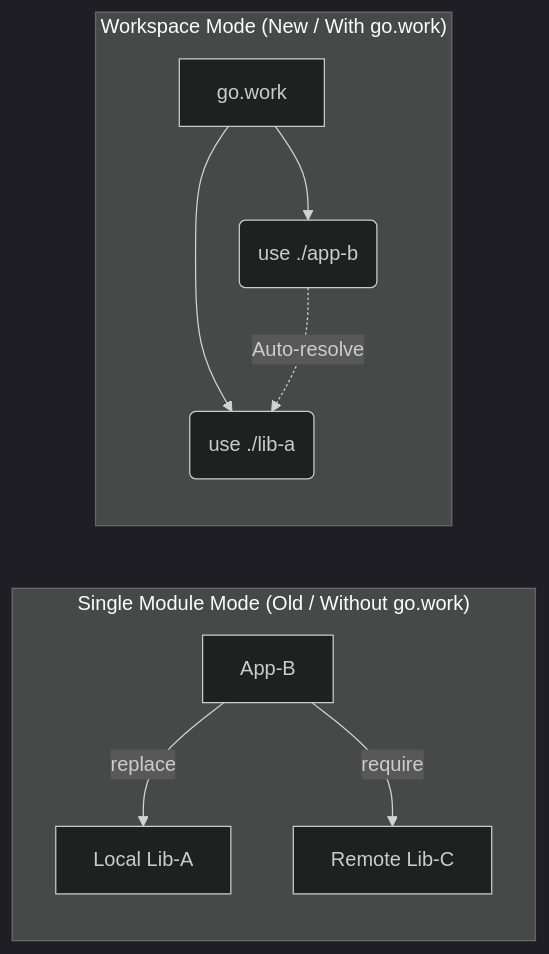
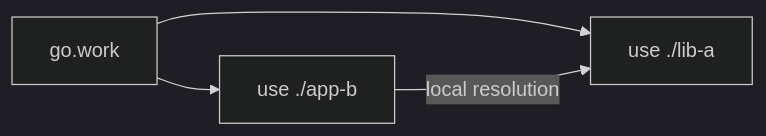
One commit to syahputrawork98-sketch/Golang-Knowledge-Base changed the diagram in RAK-03-evolution/SR-01-module-system/BK-01-module-lifecycle/CH-02-go-work/README.md. Above: the diagram before and after it, drawn with Mermaid (dark theme). The commit also changed other lines of this file and 32 other files, not shown here.

````diff
--- a/RAK-03-evolution/SR-01-module-system/BK-01-module-lifecycle/CH-02-go-work/README.md
+++ b/RAK-03-evolution/SR-01-module-system/BK-01-module-lifecycle/CH-02-go-work/README.md
@@ -34,13 +33,6 @@
 ```mermaid
 graph LR
-    subgraph "Single Module Mode (Old / Without go.work)"
-    A[App-B] -->|replace| B[Local Lib-A]
-    A -->|require| C[Remote Lib-C]
-    end
-
-    subgraph "Workspace Mode (New / With go.work)"
-    W[go.work] --> U1(use ./lib-a)
-    W --> U2(use ./app-b)
-    U2 -.->|Auto-resolve| U1
-    end
+    W[go.work] --> U1[use ./lib-a]
+    W --> U2[use ./app-b]
+    U2 -->|local resolution| U1
 ```
````
